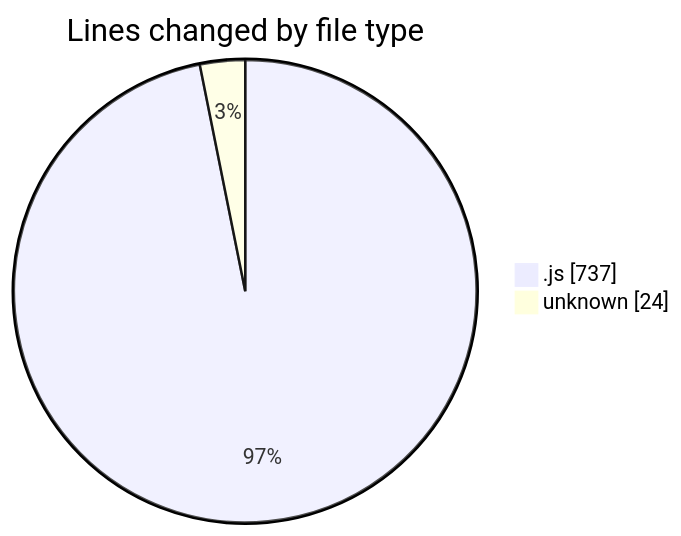
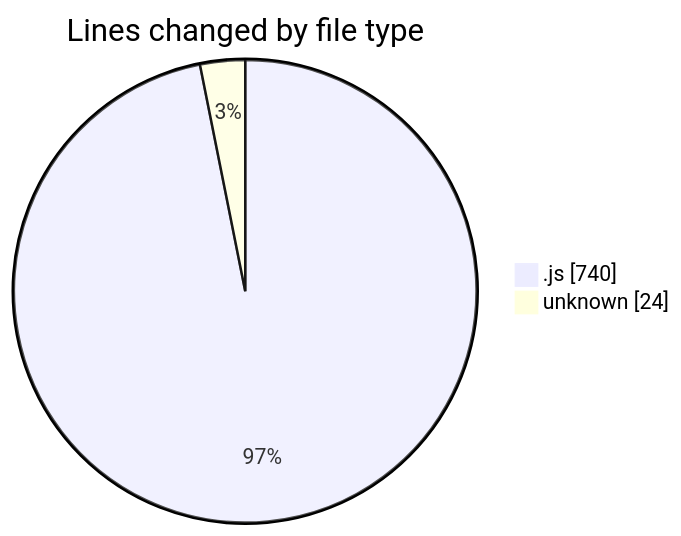
The first of 2 diagrams in 2025-02-03/cda/README.md (momahboobian/code-tracking), drawn with Mermaid before and after one commit. The commit also changed other lines of this file and 1 other file, not shown here.

````diff
--- a/2025-02-03/cda/README.md
+++ b/2025-02-03/cda/README.md
@@ -24,6 +24,6 @@
 ```mermaid
 pie showData
 title Lines changed by file type
-".js" : 737
+".js" : 740
 "unknown" : 24
 ```
````
